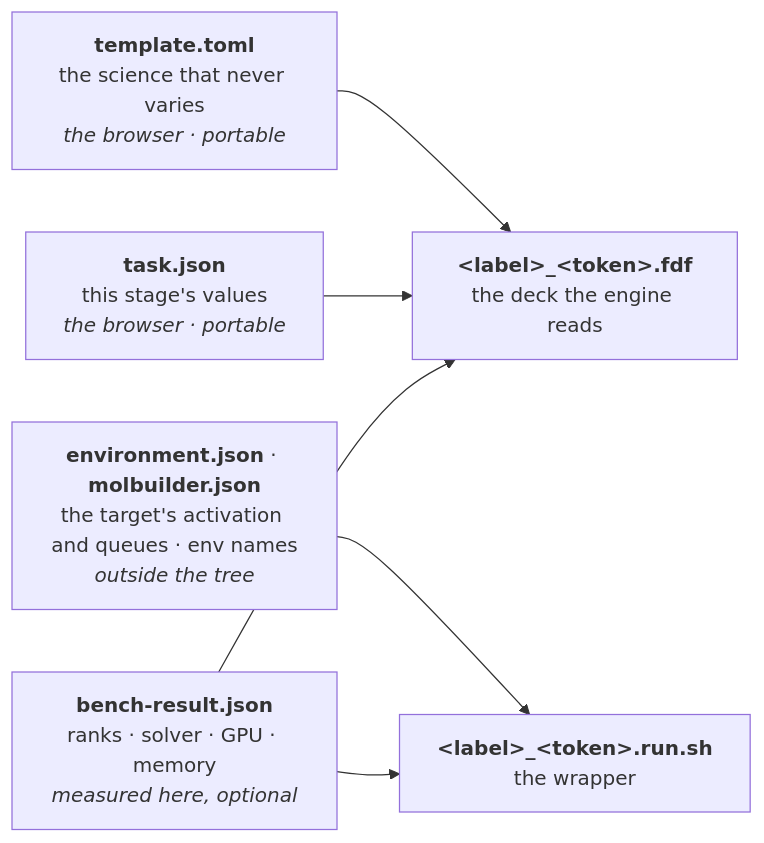
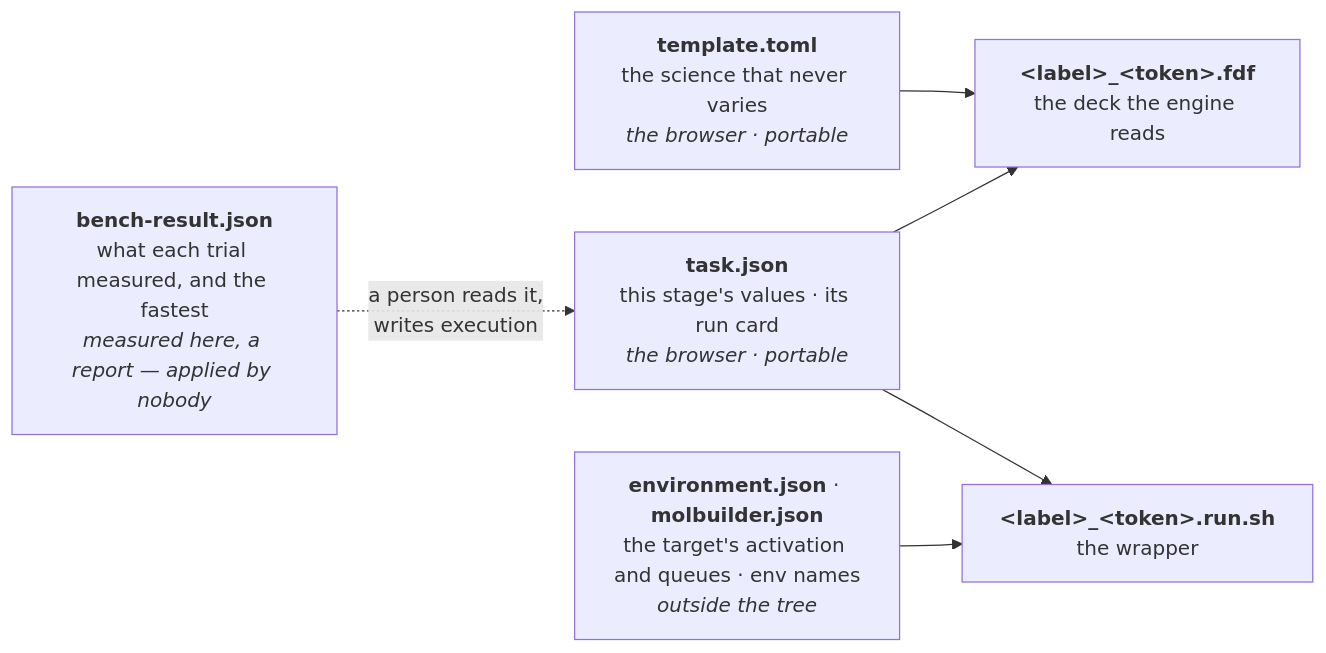
The fifth of 10 diagrams in docs/execution/project-layout.md (Qing-LAB/molbuilder), drawn with Mermaid before and after one commit. The commit also changed other lines of this file and 54 other files, not shown here.

````diff
--- a/docs/execution/project-layout.md
+++ b/docs/execution/project-layout.md
@@ -1216,14 +1220,14 @@
 ```mermaid
 flowchart LR
     T["<b>template.toml</b><br/>the science that never varies<br/><i>the browser · portable</i>"]
-    S["<b>task.json</b><br/>this stage's values<br/><i>the browser · portable</i>"]
+    S["<b>task.json</b><br/>this stage's values · its run card<br/><i>the browser · portable</i>"]
     M["<b>environment.json</b> · <b>molbuilder.json</b><br/>the target's activation and queues · env names<br/><i>outside the tree</i>"]
-    B["<b>bench-result.json</b><br/>ranks · solver · GPU · memory<br/><i>measured here, optional</i>"]
+    B["<b>bench-result.json</b><br/>what each trial measured, and the fastest<br/><i>measured here, a report — applied by nobody</i>"]
     D["<b>&lt;label&gt;_&lt;token&gt;.fdf</b><br/>the deck the engine reads"]
     W["<b>&lt;label&gt;_&lt;token&gt;.run.sh</b><br/>the wrapper"]
     T --> D
     S --> D
+    S --> W
     M --> W
-    B --> D
-    B --> W
+    B -.->|"a person reads it,<br/>writes execution"| S
 ```
````
